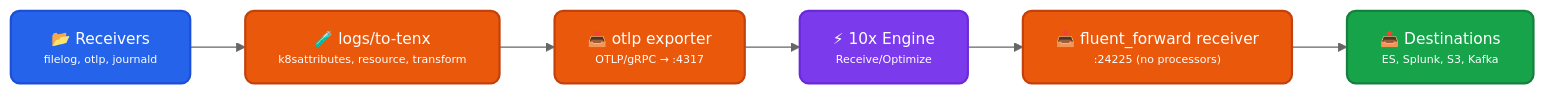
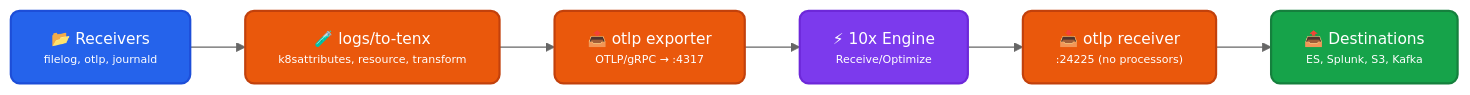
The diagram in pipelines/run/modules/input/forwarder/otel-collector/doc.md (log-10x/modules), drawn with Mermaid (neutral theme) before and after one commit. The commit also changed other lines of this file and 17 other files, not shown here.

````diff
--- a/pipelines/run/modules/input/forwarder/otel-collector/doc.md
+++ b/pipelines/run/modules/input/forwarder/otel-collector/doc.md
@@ -14,20 +14,20 @@
 ```mermaid
 graph LR
     A["<div style='font-size: 14px;'>📂 Receivers</div><div style='font-size: 10px;'>filelog, otlp, journald</div>"] --> F["<div style='font-size: 14px;'>🧪 logs/to-tenx</div><div style='font-size: 10px;'>k8sattributes, resource, transform</div>"]
     F --> B["<div style='font-size: 14px;'>📤 otlp exporter</div><div style='font-size: 10px;'>OTLP/gRPC → :4317</div>"]
     B --> E["<div style='font-size: 14px;'>⚡ 10x Engine</div><div style='font-size: 10px;'>Receive/Optimize</div>"]
-    E --> C["<div style='font-size: 14px;'>📥 fluent_forward receiver</div><div style='font-size: 10px;'>:24225 (no processors)</div>"]
+    E --> C["<div style='font-size: 14px;'>📥 otlp receiver</div><div style='font-size: 10px;'>:24225 (no processors)</div>"]
     C --> D["<div style='font-size: 14px;'>📤 Destinations</div><div style='font-size: 10px;'>ES, Splunk, S3, Kafka</div>"]
 
     classDef input fill:#2563eb,stroke:#1d4ed8,color:#ffffff,stroke-width:2px,rx:8,ry:8
     classDef filter fill:#ea580c,stroke:#c2410c,color:#ffffff,stroke-width:2px,rx:8,ry:8
     classDef engine fill:#7c3aed,stroke:#6d28d9,color:#ffffff,stroke-width:2px,rx:8,ry:8
     classDef output fill:#16a34a,stroke:#15803d,color:#ffffff,stroke-width:2px,rx:8,ry:8
 
     class A input
     class B filter
     class C filter
     class D output
     class E engine
     class F filter
 ```
````
